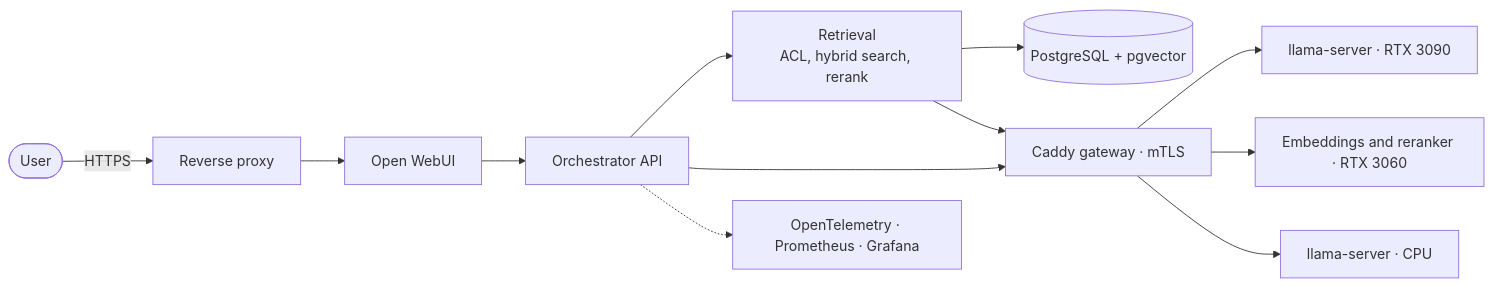
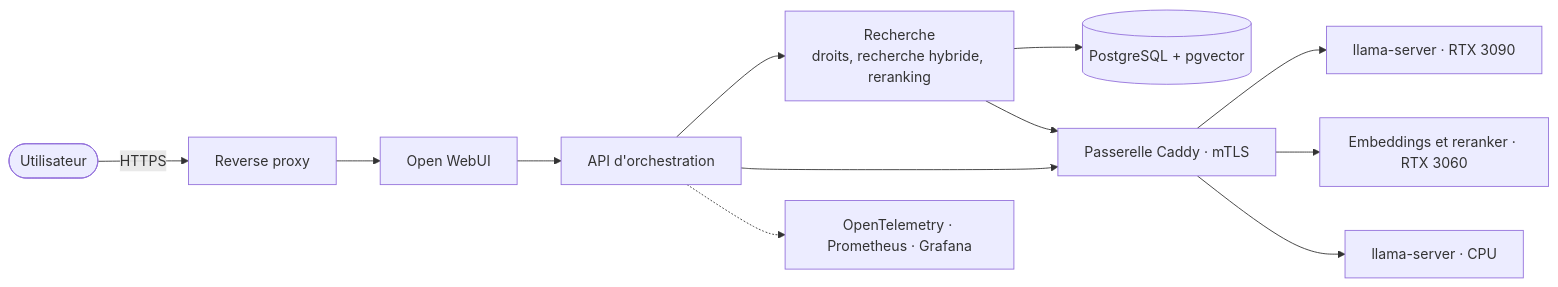
Before and after one commit to rem-lit/SummerAI: the diagram in README.md, drawn with Mermaid. The commit also changed other lines of this file and 22 other files, not shown here.

````diff
--- a/README.md
+++ b/README.md
@@ -47,14 +56,14 @@
 ```mermaid
 flowchart LR
-    user([User]) -->|HTTPS| proxy[Reverse proxy]
+    user([Utilisateur]) -->|HTTPS| proxy[Reverse proxy]
     proxy --> ui[Open WebUI]
-    ui --> orch[Orchestrator API]
-    orch --> retr[Retrieval<br/>ACL, hybrid search, rerank]
+    ui --> orch[API d'orchestration]
+    orch --> retr[Recherche<br/>droits, recherche hybride, reranking]
     retr --> db[(PostgreSQL + pgvector)]
-    orch --> gw[Caddy gateway · mTLS]
+    orch --> gw[Passerelle Caddy · mTLS]
     retr --> gw
     gw --> llm[llama-server · RTX 3090]
-    gw --> emb[Embeddings and reranker · RTX 3060]
+    gw --> emb[Embeddings et reranker · RTX 3060]
     gw --> cpp[llama-server · CPU]
     orch -.-> obs[OpenTelemetry · Prometheus · Grafana]
 ```
````
